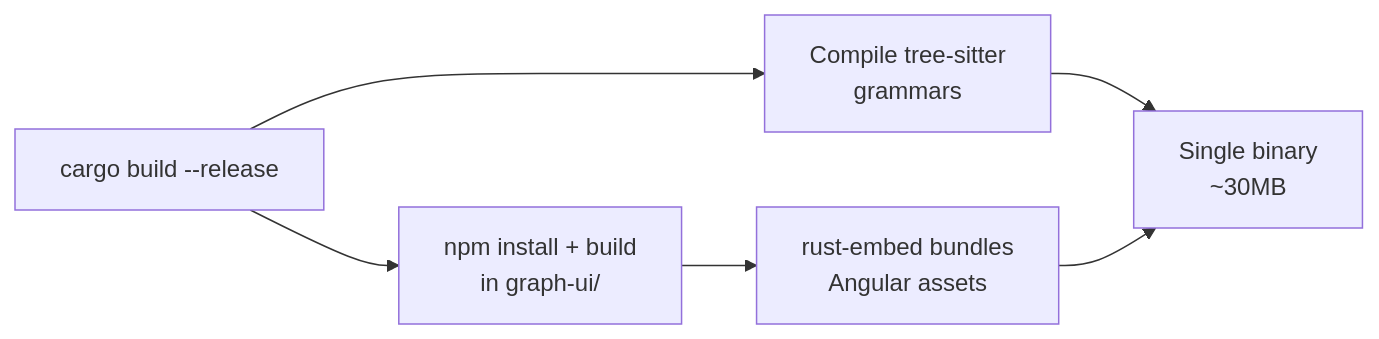
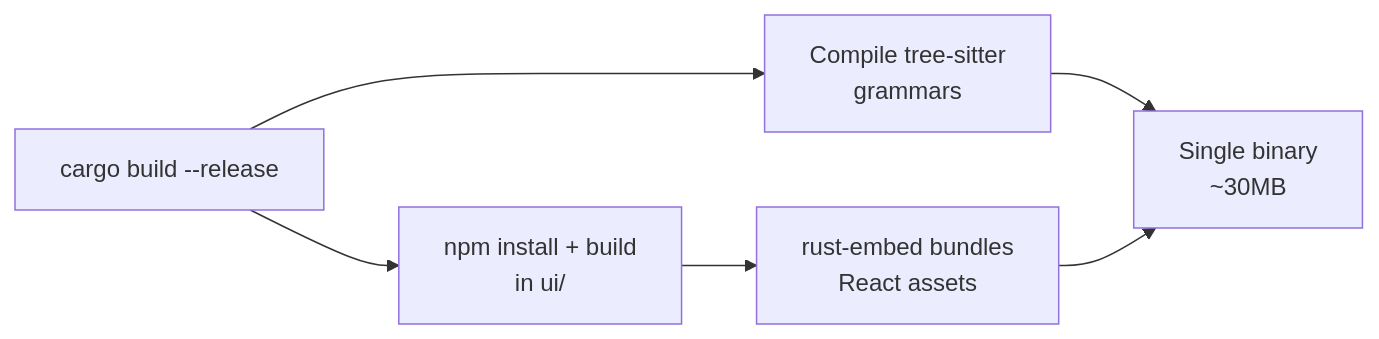
One commit to WolfCanCode/Codryn changed the diagram in docs/TECHNICAL_DECISIONS.md. Above: the diagram before and after it, drawn with Mermaid. The commit also changed other lines of this file and 13 other files, not shown here.

````diff
--- a/docs/TECHNICAL_DECISIONS.md
+++ b/docs/TECHNICAL_DECISIONS.md
@@ -108,8 +108,8 @@
 ```mermaid
 flowchart LR
-    A[cargo build --release] --> B[npm install + build<br/>in graph-ui/]
+    A[cargo build --release] --> B[npm install + build<br/>in ui/]
     A --> C[Compile tree-sitter<br/>grammars]
-    B --> D[rust-embed bundles<br/>Angular assets]
+    B --> D[rust-embed bundles<br/>React assets]
     C --> E[Single binary<br/>~30MB]
     D --> E
 ```
````
